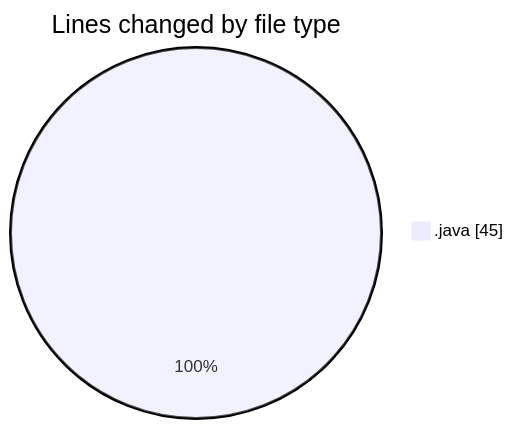
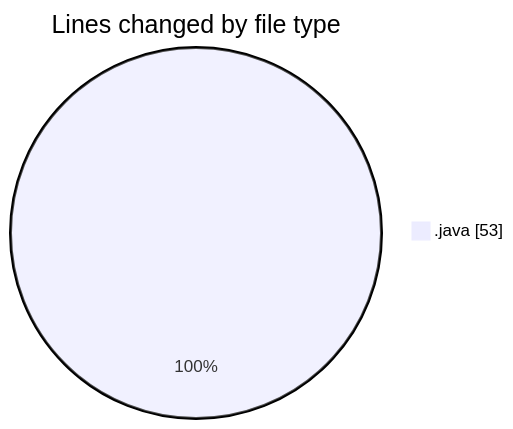
One commit to NitaiMahat/code-tracking changed the first of 2 diagrams in 2025-02-08/optional_codings/README.md. Above: the diagram before and after it, drawn with Mermaid. The commit also changed other lines of this file and 1 other file, not shown here.

````diff
--- a/2025-02-08/optional_codings/README.md
+++ b/2025-02-08/optional_codings/README.md
@@ -21,5 +21,5 @@
 ```mermaid
 pie showData
 title Lines changed by file type
-".java" : 45
+".java" : 53
 ```
````
